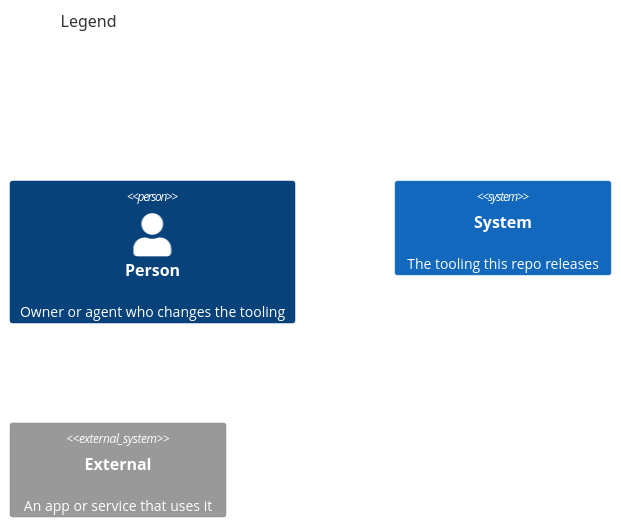
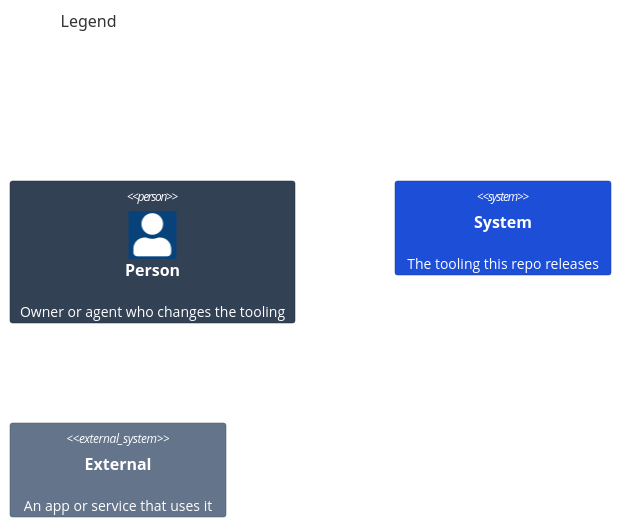
One commit to may-journal/xcode-tooling changed the second of 2 diagrams in docs/architecture/01-system-context.md. Above: the diagram before and after it, drawn with Mermaid. The commit also changed other lines of this file and 5 other files, not shown here.

First line of the commit message:
docs(architecture): bring the views to the per-level form and palette (#7)

````diff
--- a/docs/architecture/01-system-context.md
+++ b/docs/architecture/01-system-context.md
@@ -25,8 +32,12 @@
 ```mermaid
 C4Context
     title Legend
 
     Person(who, "Person", "Owner or agent who changes the tooling")
     System(sys, "System", "The tooling this repo releases")
     System_Ext(ext, "External", "An app or service that uses it")
+
+    UpdateElementStyle(who, $bgColor="#334155", $borderColor="#1e293b", $fontColor="#ffffff")
+    UpdateElementStyle(sys, $bgColor="#1d4ed8", $borderColor="#1e3a8a", $fontColor="#ffffff")
+    UpdateElementStyle(ext, $bgColor="#64748b", $borderColor="#475569", $fontColor="#ffffff")
 ```
````
